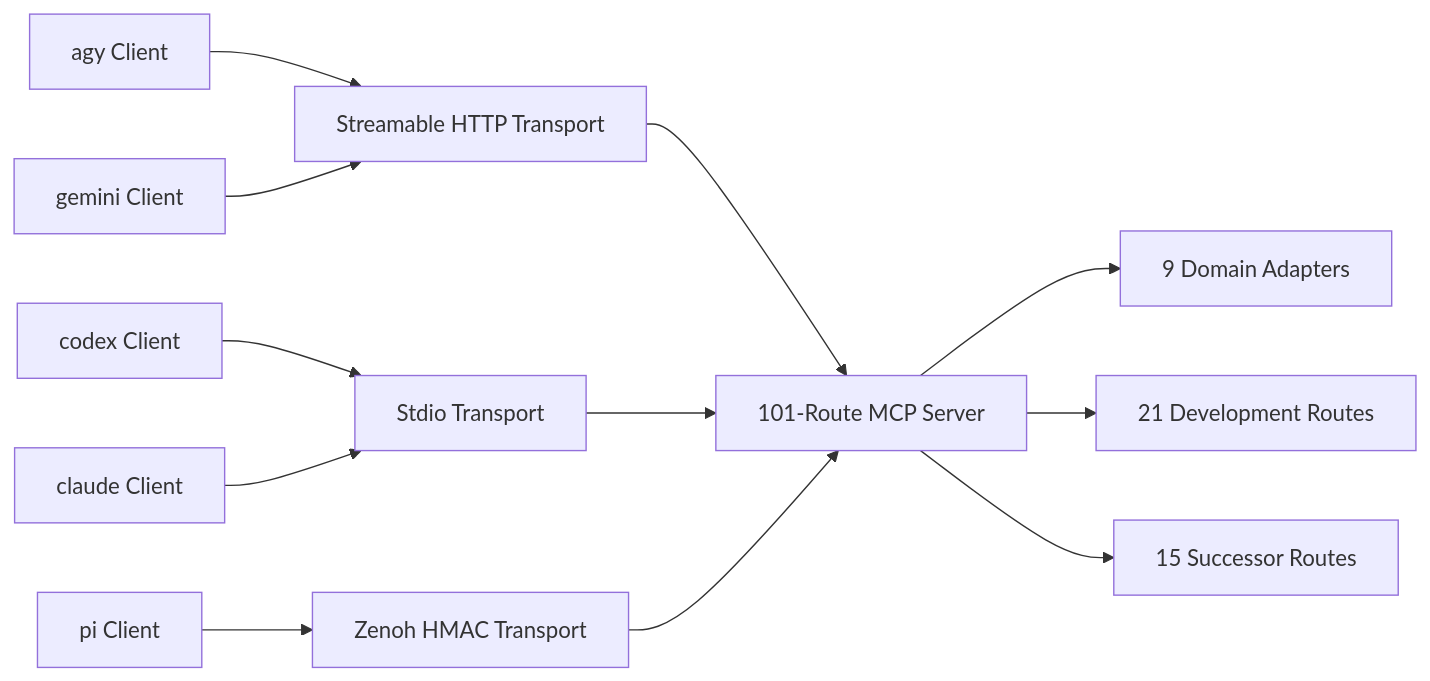
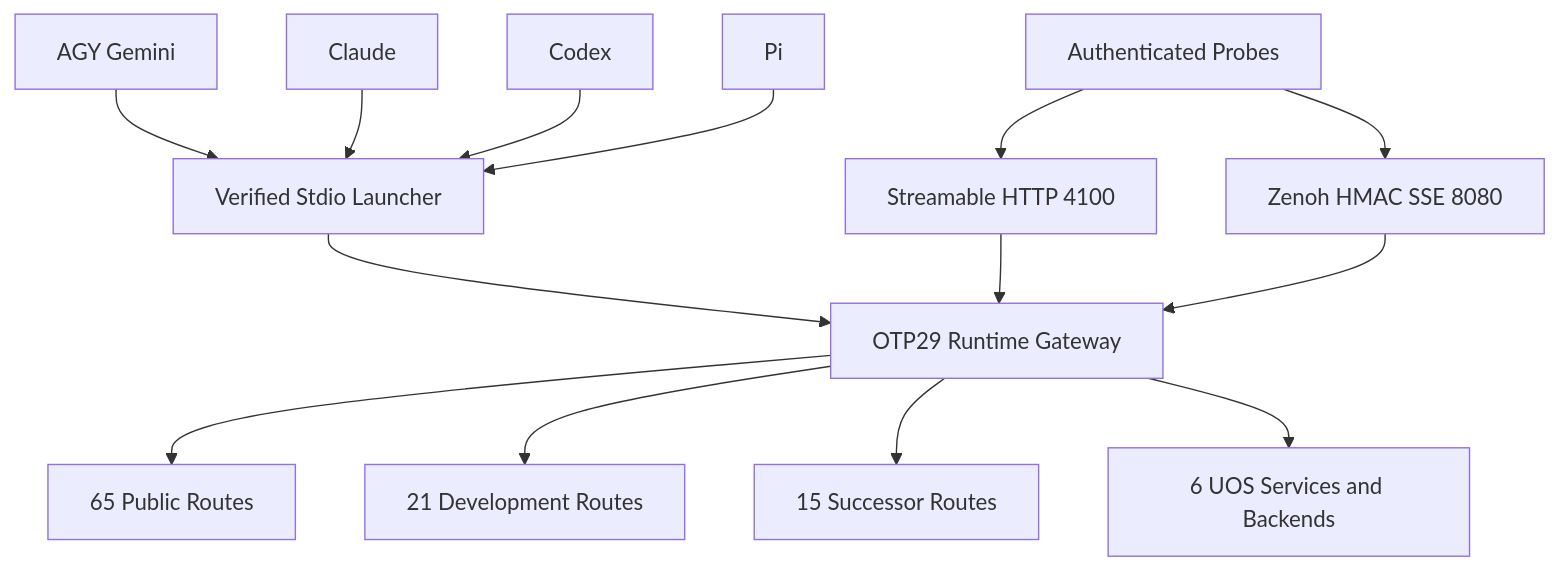
One commit to Anaik7799/uos changed the diagram in docs/wiki/20261030-1058-unified-101-route-mcp-client-guide.md. Above: the diagram before and after it, drawn with Mermaid. The commit also changed other lines of this file and 15 other files, not shown here.

Commit message:
feat(mcp): close full 101-route 4-agent 3-transport MCP symbiosis (S01-S04, capsule 20261030-1811-79c8aa73, Epoch 100)

````diff
--- a/docs/wiki/20261030-1058-unified-101-route-mcp-client-guide.md
+++ b/docs/wiki/20261030-1058-unified-101-route-mcp-client-guide.md
@@ -104,26 +131,29 @@
 ```mermaid
-flowchart LR
-  AGY["agy Client"]
-  GEM["gemini Client"]
-  CDX["codex Client"]
-  CLD["claude Client"]
-  PI["pi Client"]
-  HTTP["Streamable HTTP Transport"]
-  STDIO["Stdio Transport"]
-  ZENOH["Zenoh HMAC Transport"]
-  MCP["101-Route MCP Server"]
-  DOM["9 Domain Adapters"]
-  DEV["21 Development Routes"]
-  SUCC["15 Successor Routes"]
-  AGY --> HTTP
-  GEM --> HTTP
-  CDX --> STDIO
-  CLD --> STDIO
-  PI --> ZENOH
-  HTTP --> MCP
-  STDIO --> MCP
-  ZENOH --> MCP
-  MCP --> DOM
-  MCP --> DEV
-  MCP --> SUCC
+flowchart TD
+  N0["AGY Gemini"]
+  N1["Verified Stdio Launcher"]
+  N2["Claude"]
+  N3["Codex"]
+  N4["Pi"]
+  N5["Authenticated Probes"]
+  N6["Streamable HTTP 4100"]
+  N7["Zenoh HMAC SSE 8080"]
+  N8["OTP29 Runtime Gateway"]
+  N9["65 Public Routes"]
+  N10["21 Development Routes"]
+  N11["15 Successor Routes"]
+  N12["6 UOS Services and Backends"]
+  N0 --> N1
+  N2 --> N1
+  N3 --> N1
+  N4 --> N1
+  N5 --> N6
+  N5 --> N7
+  N1 --> N8
+  N6 --> N8
+  N7 --> N8
+  N8 --> N9
+  N8 --> N10
+  N8 --> N11
+  N8 --> N12
 ```
````
